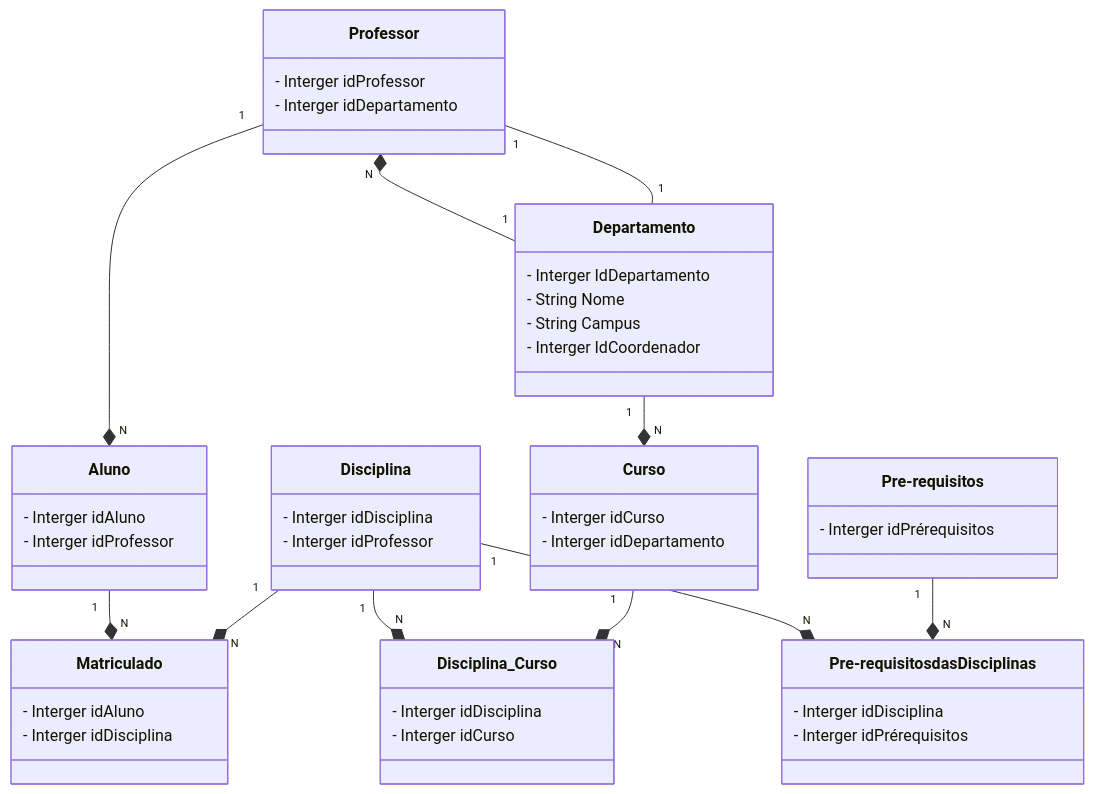
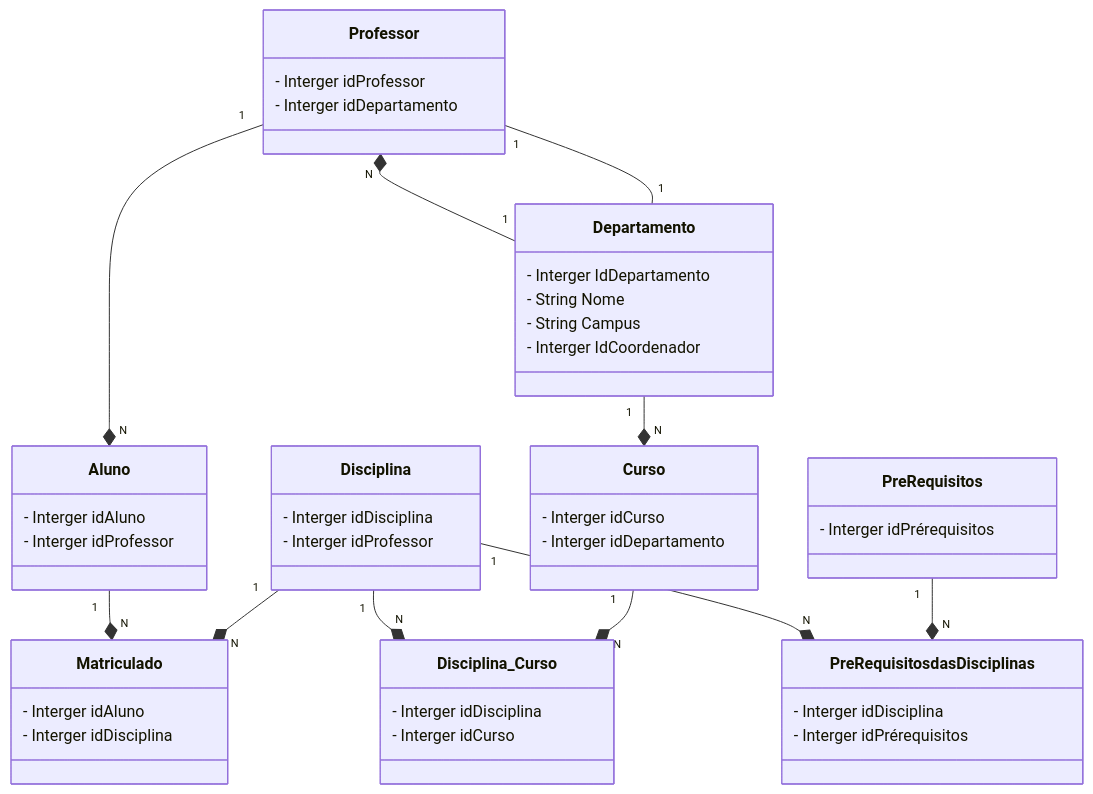
Before and after one commit to samuelfilho-dev/dio-projeto-modelo-conceitual: the first of 2 diagrams in universidade/README.md, drawn with Mermaid. The commit also changed other lines of this file, not shown here.

Commit message:
fix: update university class diagram

````diff
--- a/universidade/README.md
+++ b/universidade/README.md
@@ -15,59 +15,59 @@
 ```mermaid
 classDiagram
     class Disciplina {
         - Interger idDisciplina
         - Interger idProfessor
     }
 
     class Professor {
         - Interger idProfessor
         - Interger idDepartamento
     }
 
     class Aluno {
         - Interger idAluno
         - Interger idProfessor
     }
 
     class Matriculado {
         - Interger idAluno
         - Interger idDisciplina
     }
 
     class Departamento {
         - Interger IdDepartamento
         - String Nome
         - String Campus
         - Interger IdCoordenador
     }
 
     class Curso {
         - Interger idCurso
         - Interger idDepartamento
     }
 
     class Disciplina_Curso {
         - Interger idDisciplina
         - Interger idCurso
     }
 
-    class Pre-requisitos {
+    class PreRequisitos {
         - Interger idPrérequisitos
     }
 
-    class Pre-requisitos das Disciplinas {
+    class PreRequisitos das Disciplinas {
         - Interger idDisciplina
         - Interger idPrérequisitos
     }
 
     Disciplina "1" --* "N" Matriculado
     Aluno "1" --* "N" Matriculado
     Professor "1" --* "N" Aluno
     Professor "1" -- "1" Departamento
     Departamento "1" --* "N" Professor
     Departamento "1" --* "N" Curso
     Curso "1" --* "N" Disciplina_Curso
     Disciplina "1" --* "N" Disciplina_Curso
-    Pre-requisitos "1" --* "N" Pre-requisitos das Disciplinas
-    Disciplina "1" --* "N" Pre-requisitos das Disciplinas
+    PreRequisitos "1" --* "N" PreRequisitos das Disciplinas
+    Disciplina "1" --* "N" PreRequisitos das Disciplinas
 ```
````
